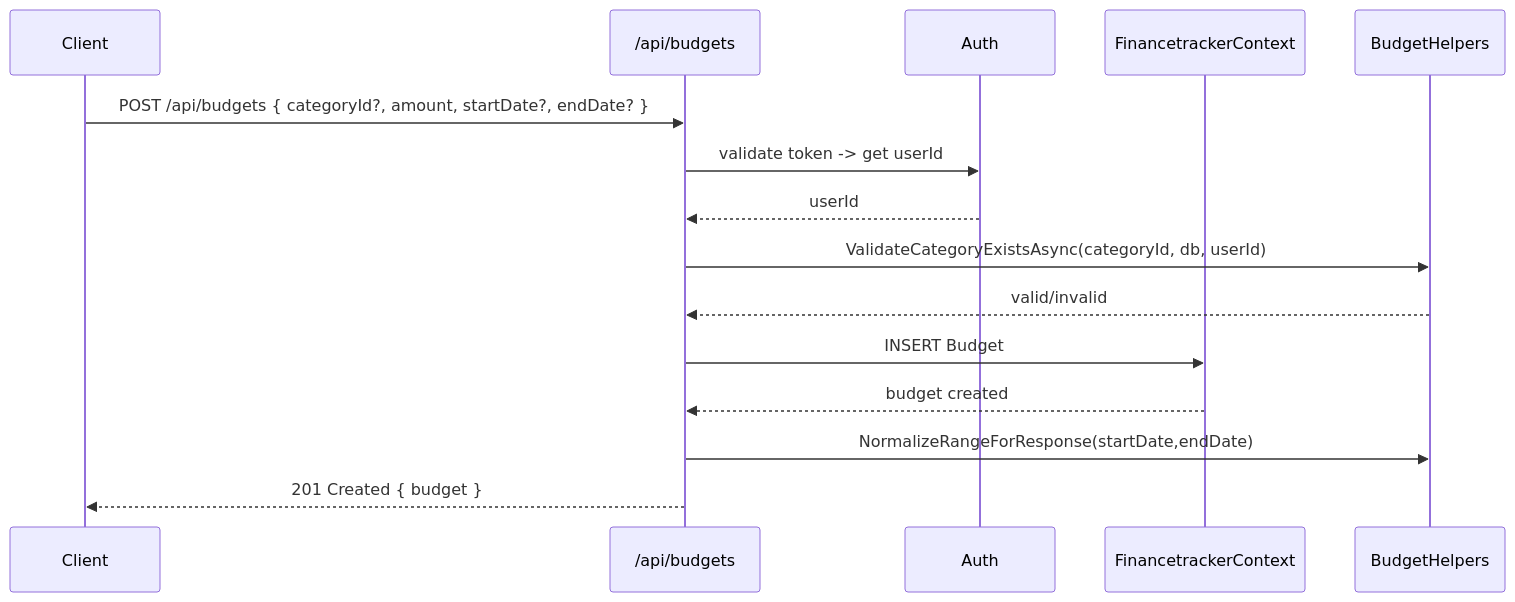
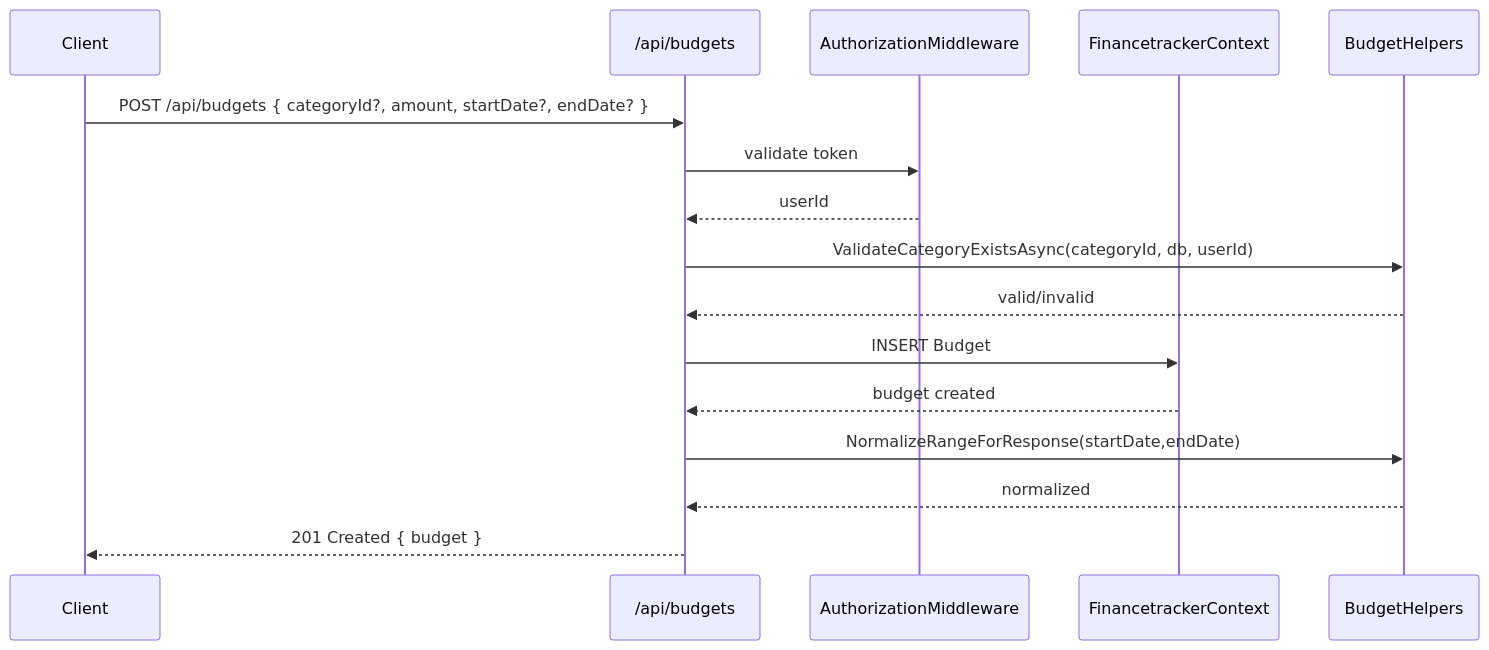
Before and after one commit to cimpa2004/financeTracker: the diagram in docs/sequence-diagrams/budgets/diagrams/add-budget_1.mmd, drawn with Mermaid. The commit also changed 16 other files, not shown here.

```diff
--- a/docs/sequence-diagrams/budgets/diagrams/add-budget_1.mmd
+++ b/docs/sequence-diagrams/budgets/diagrams/add-budget_1.mmd
@@ -1,16 +1,17 @@
 sequenceDiagram
     participant Client
     participant API as /api/budgets
-    participant Auth
+    participant AuthorizationMiddleware
     participant Db as FinancetrackerContext
     participant Helpers as BudgetHelpers
 
     Client->>API: POST /api/budgets { categoryId?, amount, startDate?, endDate? }
-    API->>Auth: validate token -> get userId
-    Auth-->>API: userId
+    API->>AuthorizationMiddleware: validate token
+    AuthorizationMiddleware-->>API: userId
     API->>Helpers: ValidateCategoryExistsAsync(categoryId, db, userId)
     Helpers-->>API: valid/invalid
     API->>Db: INSERT Budget
     Db-->>API: budget created
     API->>Helpers: NormalizeRangeForResponse(startDate,endDate)
+    Helpers-->>API: normalized
     API-->>Client: 201 Created { budget }
```
